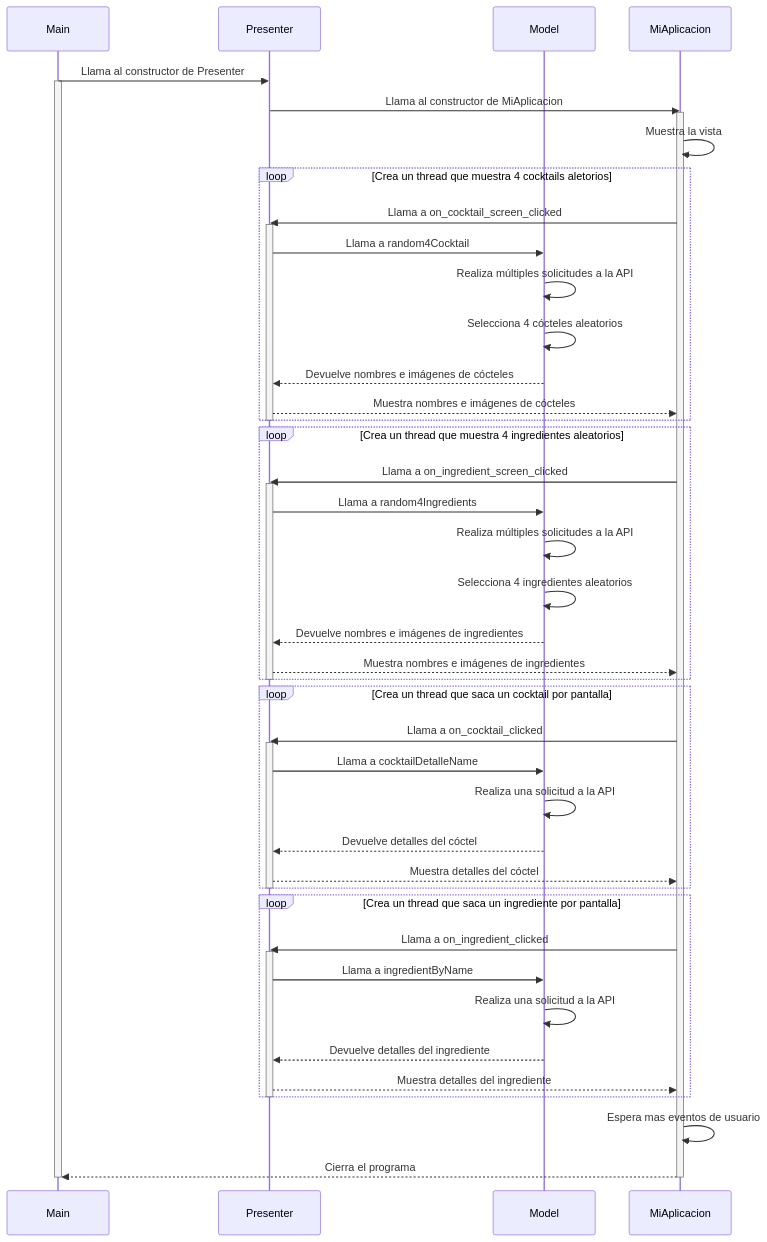
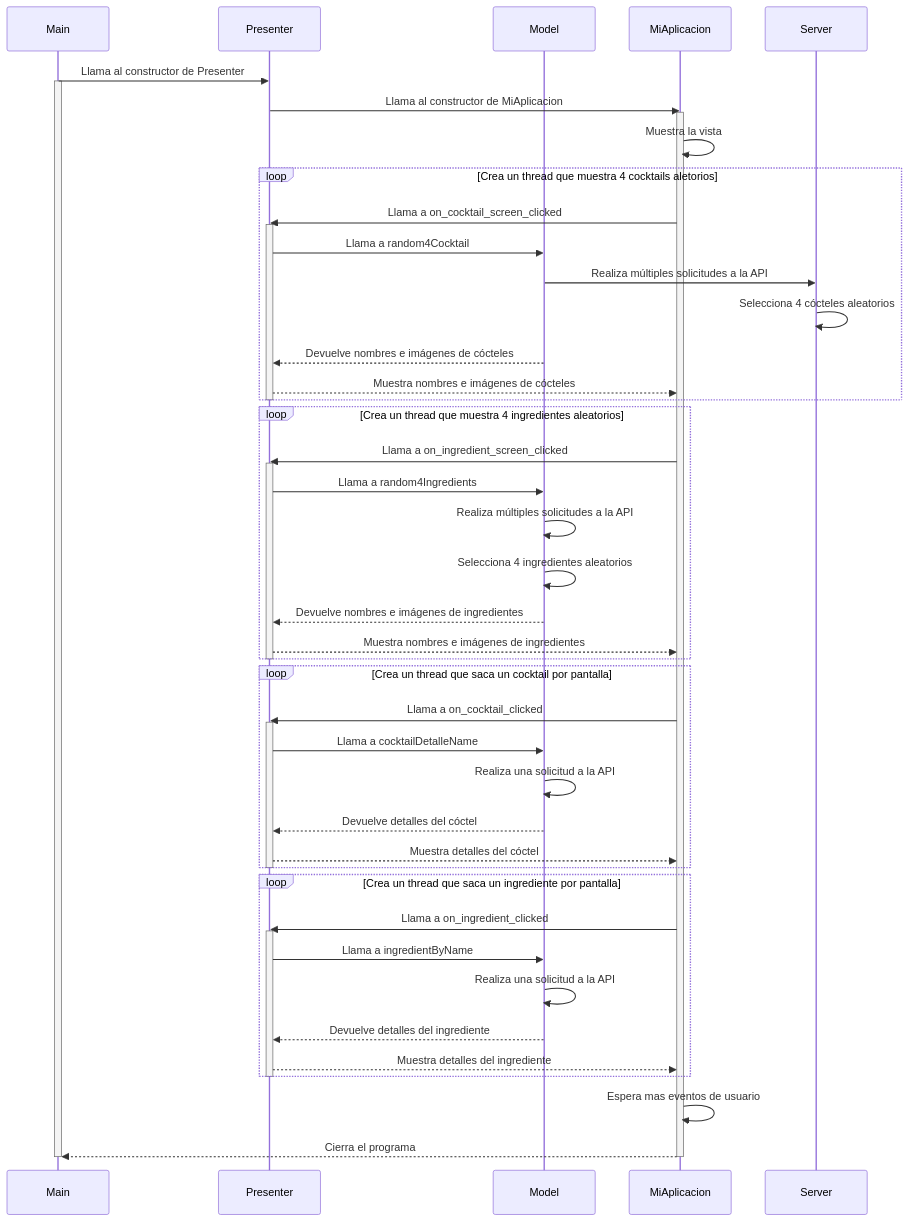
Before and after one commit to braisf03/IPM: the diagram in diseño-sw.md, drawn with Mermaid.

````diff
--- a/diseño-sw.md
+++ b/diseño-sw.md
@@ -1,64 +1,65 @@
 ```mermaid
 sequenceDiagram
     participant Main as Main
     participant Presenter as Presenter
     participant Model as Model
     participant MiAplicacion as MiAplicacion
+    participant Server as Server
 
     Main->>Presenter: Llama al constructor de Presenter
     activate Main
 
     Presenter->>MiAplicacion: Llama al constructor de MiAplicacion
 
     activate MiAplicacion
 
     MiAplicacion->>MiAplicacion: Muestra la vista
 
     loop Crea un thread que muestra 4 cocktails aletorios
         MiAplicacion->>Presenter: Llama a on_cocktail_screen_clicked
         activate Presenter
         Presenter->>Model: Llama a random4Cocktail
-        Model->>Model: Realiza múltiples solicitudes a la API
-        Model->>Model: Selecciona 4 cócteles aleatorios
+        Model->>Server: Realiza múltiples solicitudes a la API
+        Server->>Server: Selecciona 4 cócteles aleatorios
         Model-->>Presenter: Devuelve nombres e imágenes de cócteles
         Presenter-->>MiAplicacion: Muestra nombres e imágenes de cócteles
     end
     deactivate Presenter
     
     loop Crea un thread que muestra 4 ingredientes aleatorios
         MiAplicacion->>Presenter: Llama a on_ingredient_screen_clicked
         activate Presenter
         Presenter->>Model: Llama a random4Ingredients
         Model->>Model: Realiza múltiples solicitudes a la API
         Model->>Model: Selecciona 4 ingredientes aleatorios
         Model-->>Presenter: Devuelve nombres e imágenes de ingredientes
         Presenter-->>MiAplicacion: Muestra nombres e imágenes de ingredientes
     end
     deactivate Presenter
     
     loop Crea un thread que saca un cocktail por pantalla
         MiAplicacion->>Presenter: Llama a on_cocktail_clicked
         activate Presenter
         Presenter->>Model: Llama a cocktailDetalleName
         Model->>Model: Realiza una solicitud a la API
         Model-->>Presenter: Devuelve detalles del cóctel
         Presenter-->>MiAplicacion: Muestra detalles del cóctel
     end
     deactivate Presenter
 
     loop Crea un thread que saca un ingrediente por pantalla
         MiAplicacion->>Presenter: Llama a on_ingredient_clicked
         activate Presenter
         Presenter->>Model: Llama a ingredientByName
         Model->>Model: Realiza una solicitud a la API
         Model-->>Presenter: Devuelve detalles del ingrediente
         Presenter-->>MiAplicacion: Muestra detalles del ingrediente
     end
     deactivate Presenter
 
     MiAplicacion->>MiAplicacion: Espera mas eventos de usuario
     MiAplicacion-->>Main: Cierra el programa
     deactivate MiAplicacion
     deactivate Main
 
 ```    
````
